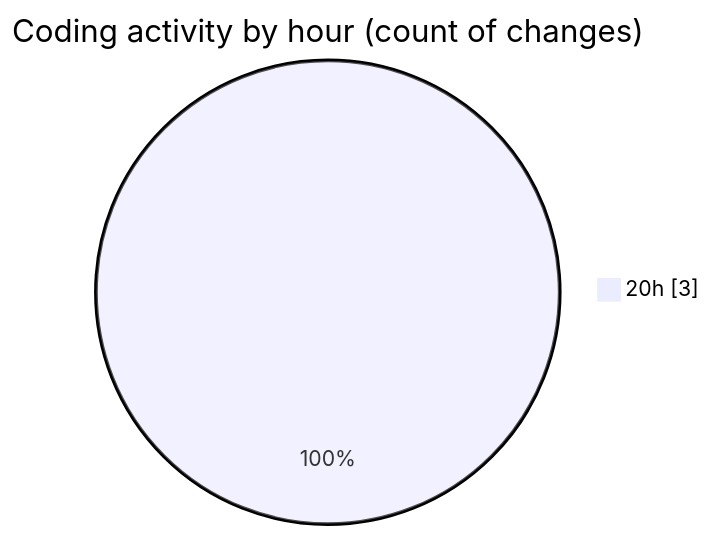
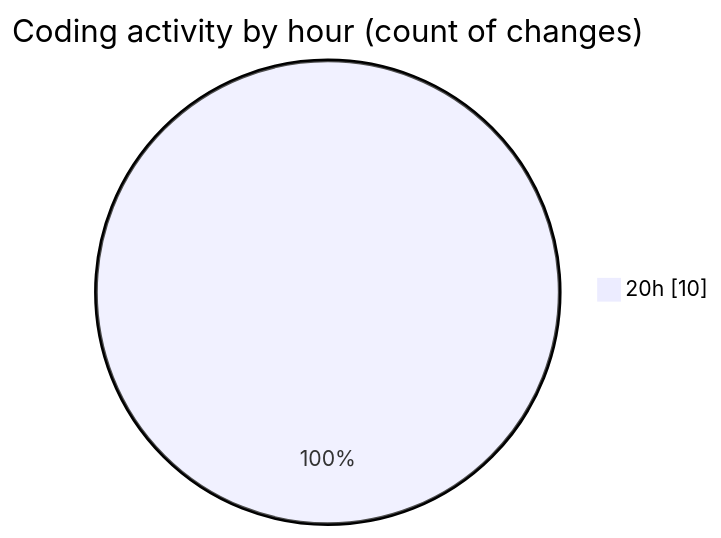
Before and after one commit to Ritupan-Deka/code-tracking: the second of 2 diagrams in 2025-11-25/backend/README.md, drawn with Mermaid. The commit also changed other lines of this file and 1 other file, not shown here.

````diff
--- a/2025-11-25/backend/README.md
+++ b/2025-11-25/backend/README.md
@@ -29,5 +30,5 @@
 ```mermaid
 pie showData
 title Coding activity by hour (count of changes)
-"20h" : 3
+"20h" : 10
 ```
````
